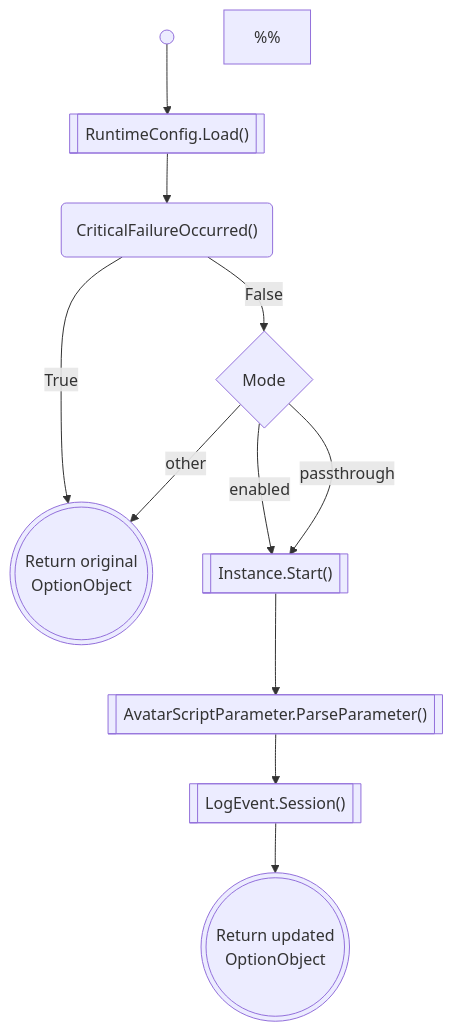
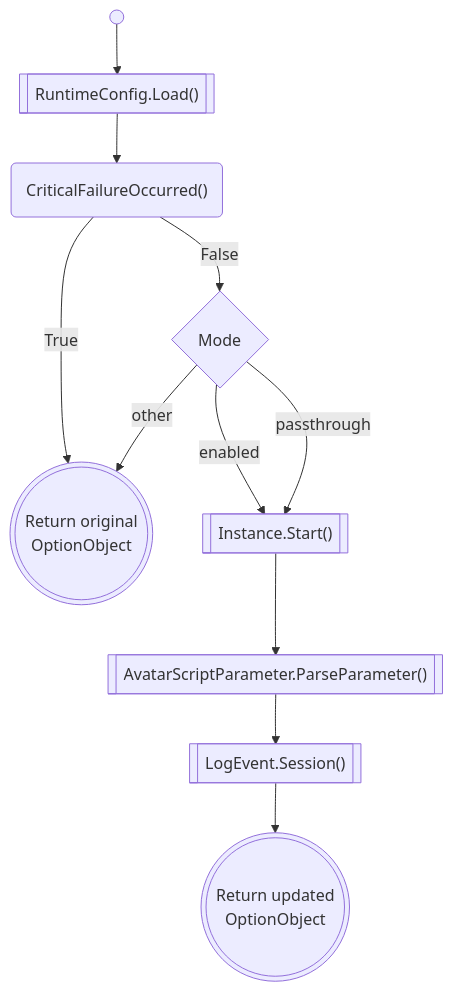
The first of 3 diagrams in static/diagrams/TingenWebService.md (spectrum-health-systems/tingen-documentation), drawn with Mermaid before and after one commit.

````diff
--- a/static/diagrams/TingenWebService.md
+++ b/static/diagrams/TingenWebService.md
@@ -26,25 +26,26 @@
 ```mermaid
 flowchart TD
     %% Components
     Start@{shape: sm-circ, label: ""}
     RuntimeConfig_Load@{shape: fr-rect, label: "RuntimeConfig.Load()"}
     CriticalFailureOccurred@{shape: rounded, label: "CriticalFailureOccurred()"}
     ReturnOriginalOptionObject@{shape: dbl-circ, label: "Return original\nOptionObject"}
     Mode@{shape: diam, label: "Mode"}
     Instance.Start@{shape: fr-rect, label: "Instance.Start()"}
     ParseParameter@{shape: fr-rect, label: "AvatarScriptParameter.ParseParameter()"}
     LogSession@{shape: fr-rect, label: "LogEvent.Session()"}
     ReturnUpdatedOptionObject@{shape: dbl-circ, label: "Return updated\nOptionObject"}
     %% Layout
     Start --> RuntimeConfig_Load --> CriticalFailureOccurred
     CriticalFailureOccurred -- True --> ReturnOriginalOptionObject
     CriticalFailureOccurred -- False --> Mode
     Mode -- enabled --> Instance.Start
     Mode -- passthrough --> Instance.Start
     Mode -- other --> ReturnOriginalOptionObject
     Instance.Start --> ParseParameter
     ParseParameter --> LogSession
     LogSession --> ReturnUpdatedOptionObject
-    %%
+    %% Styles
+    %% Links
     click RuntimeConfig_Load "https://github.com/spectrum-health-systems/tingen-documentation-project/blob/main/static/diagrams/TingenWebService.Configuration.md#tingenwebserviceconfigurationruntimeconfigcs"
 ```
````
